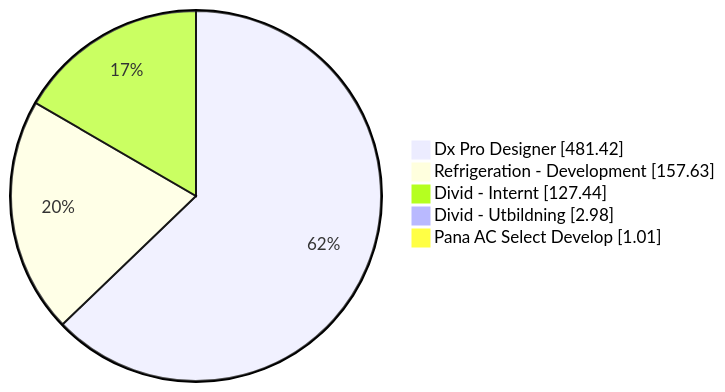
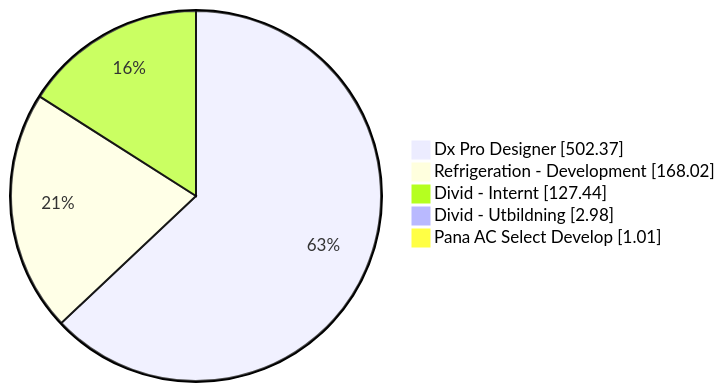
Before and after one commit to albinforsberg-netizen/timeclock: the first of 5 diagrams in README.org, drawn with Mermaid. The commit also changed other lines of this file, not shown here.

```diff
--- a/README.org
+++ b/README.org
@@ -32,8 +32,8 @@
 #+begin_src mermaid
 pie showData
-    "Dx Pro Designer" : 481.42
-    "Refrigeration - Development" : 157.63
+    "Dx Pro Designer" : 502.37
+    "Refrigeration - Development" : 168.02
     "Divid - Internt" : 127.44
     "Divid - Utbildning" : 2.98
     "Pana AC Select Develop" : 1.01
 #+end_src
```
